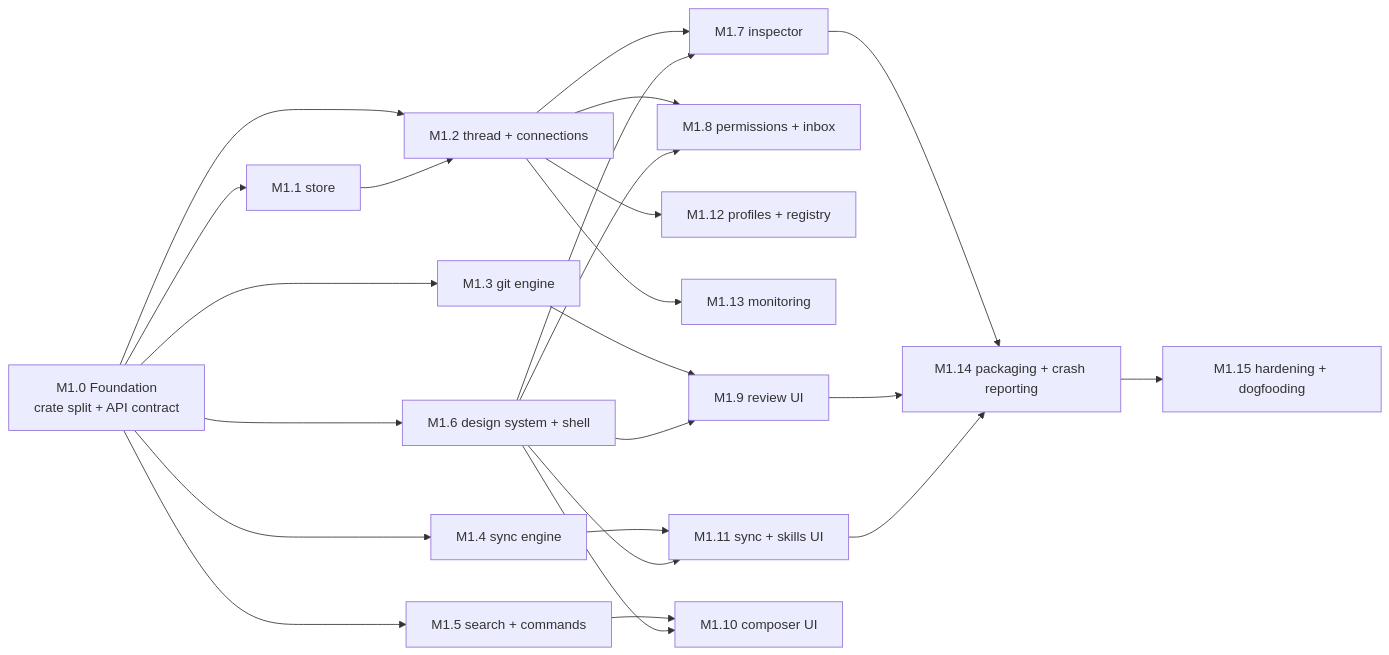
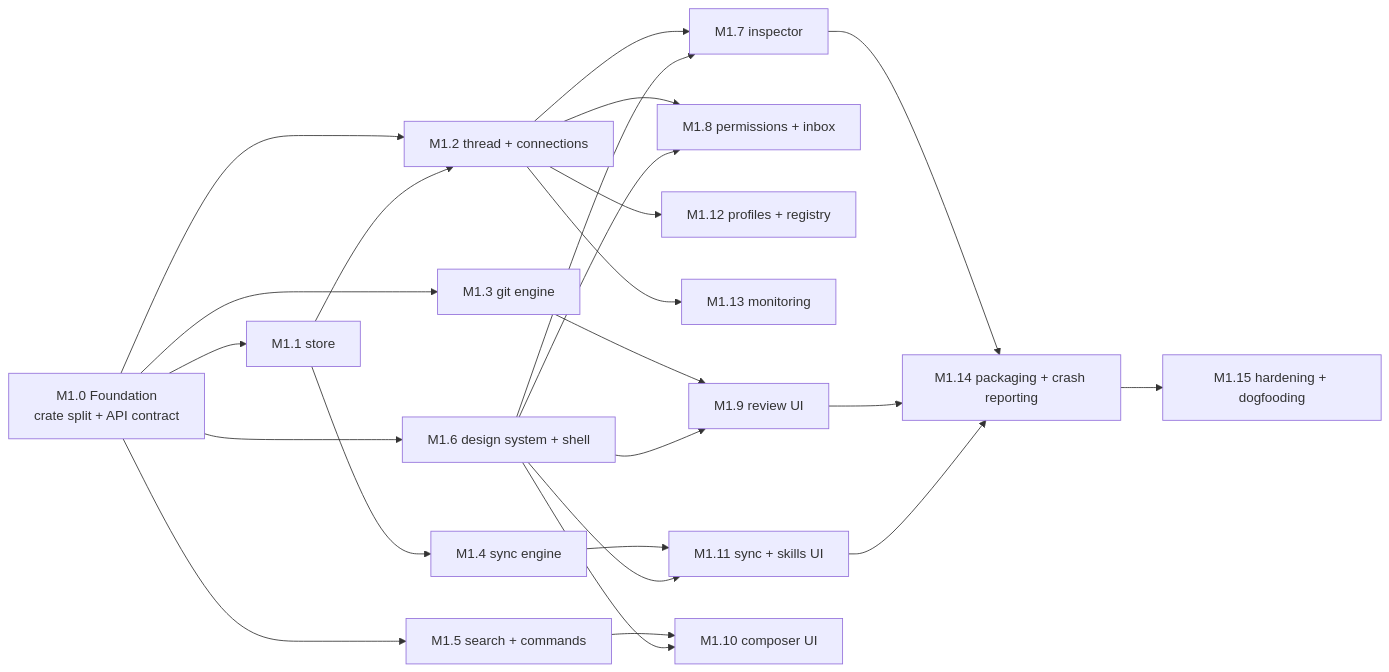
One commit to Noentic/tethys changed the first of 2 diagrams in docs/milestone.md. Above: the diagram before and after it, drawn with Mermaid. The commit also changed other lines of this file and 64 other files, not shown here.

````diff
--- a/docs/milestone.md
+++ b/docs/milestone.md
@@ -103,27 +103,27 @@
 ```mermaid
 flowchart LR
     M0["M1.0 Foundation<br/>crate split + API contract"]
     M0 --> M1["M1.1 store"]
     M0 --> M2["M1.2 thread + connections"]
     M0 --> M3["M1.3 git engine"]
-    M0 --> M4["M1.4 sync engine"]
+    M1 --> M4["M1.4 sync engine"]
     M0 --> M5["M1.5 search + commands"]
     M0 --> M6["M1.6 design system + shell"]
     M1 --> M2
     M2 --> M7["M1.7 inspector"]
     M2 --> M8["M1.8 permissions + inbox"]
     M2 --> M12["M1.12 profiles + registry"]
     M2 --> M13["M1.13 monitoring"]
     M3 --> M9["M1.9 review UI"]
     M4 --> M11["M1.11 sync + skills UI"]
     M5 --> M10["M1.10 composer UI"]
     M6 --> M7
     M6 --> M8
     M6 --> M9
     M6 --> M10
     M6 --> M11
     M7 --> M14["M1.14 packaging + crash reporting"]
     M9 --> M14
     M11 --> M14
     M14 --> M15["M1.15 hardening + dogfooding"]
 ```
````
